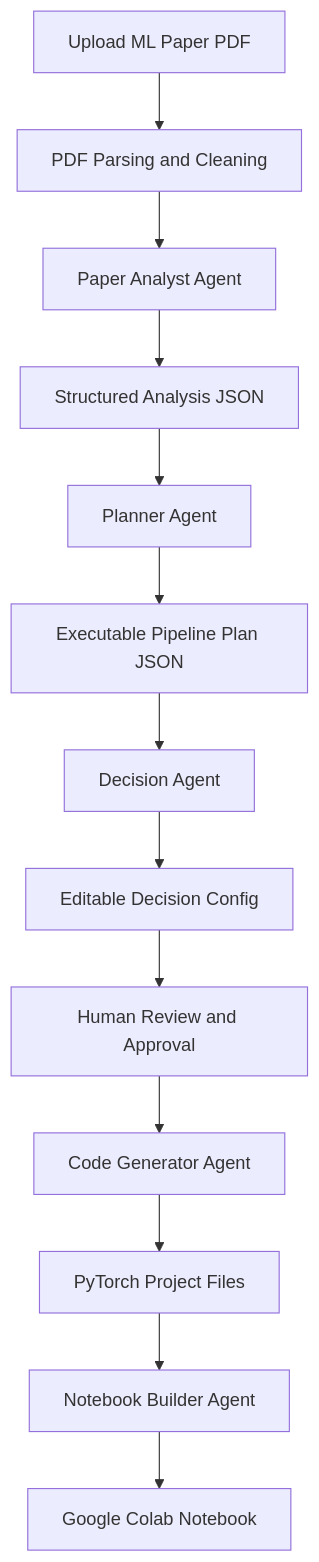
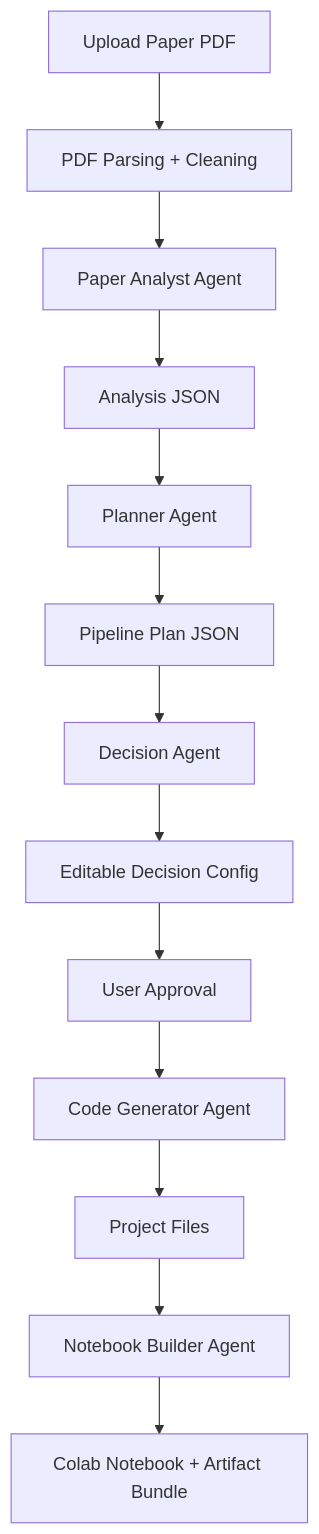
Before and after one commit to antonyjoseph2111/Paper2Project: the diagram in README.md, drawn with Mermaid. The commit also changed other lines of this file and 26 other files, not shown here.

Commit message:
Update README and push latest Paper2Project improvements

````diff
--- a/README.md
+++ b/README.md
@@ -110,15 +51,15 @@
 ```mermaid
 flowchart TD
-    A["Upload ML Paper PDF"] --> B["PDF Parsing and Cleaning"]
+    A["Upload Paper PDF"] --> B["PDF Parsing + Cleaning"]
     B --> C["Paper Analyst Agent"]
-    C --> D["Structured Analysis JSON"]
+    C --> D["Analysis JSON"]
     D --> E["Planner Agent"]
-    E --> F["Executable Pipeline Plan JSON"]
+    E --> F["Pipeline Plan JSON"]
     F --> G["Decision Agent"]
     G --> H["Editable Decision Config"]
-    H --> I["Human Review and Approval"]
+    H --> I["User Approval"]
     I --> J["Code Generator Agent"]
-    J --> K["PyTorch Project Files"]
+    J --> K["Project Files"]
     K --> L["Notebook Builder Agent"]
-    L --> M["Google Colab Notebook"]
+    L --> M["Colab Notebook + Artifact Bundle"]
 ```
````
